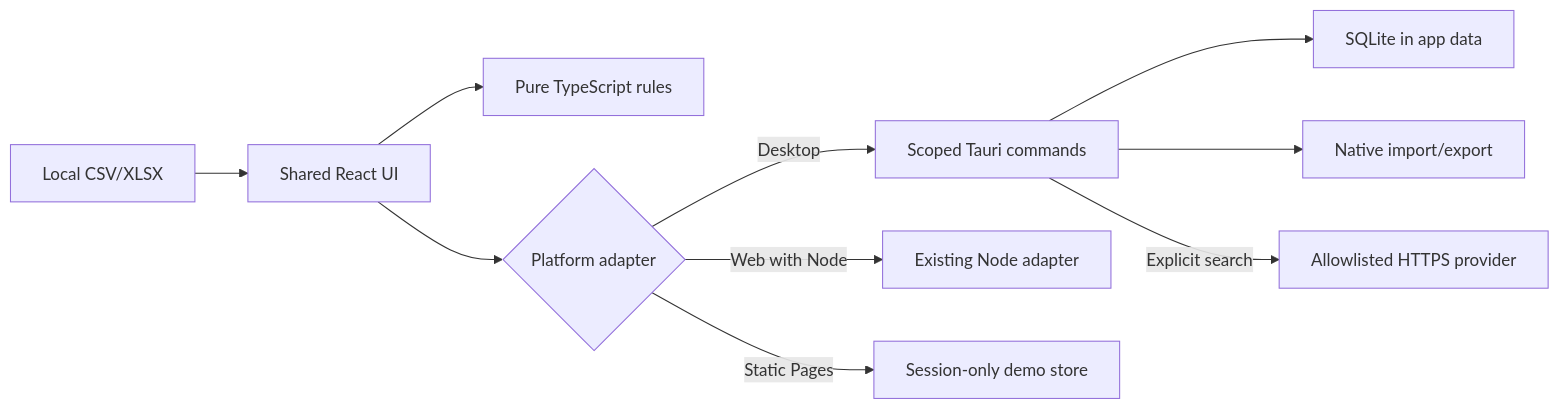
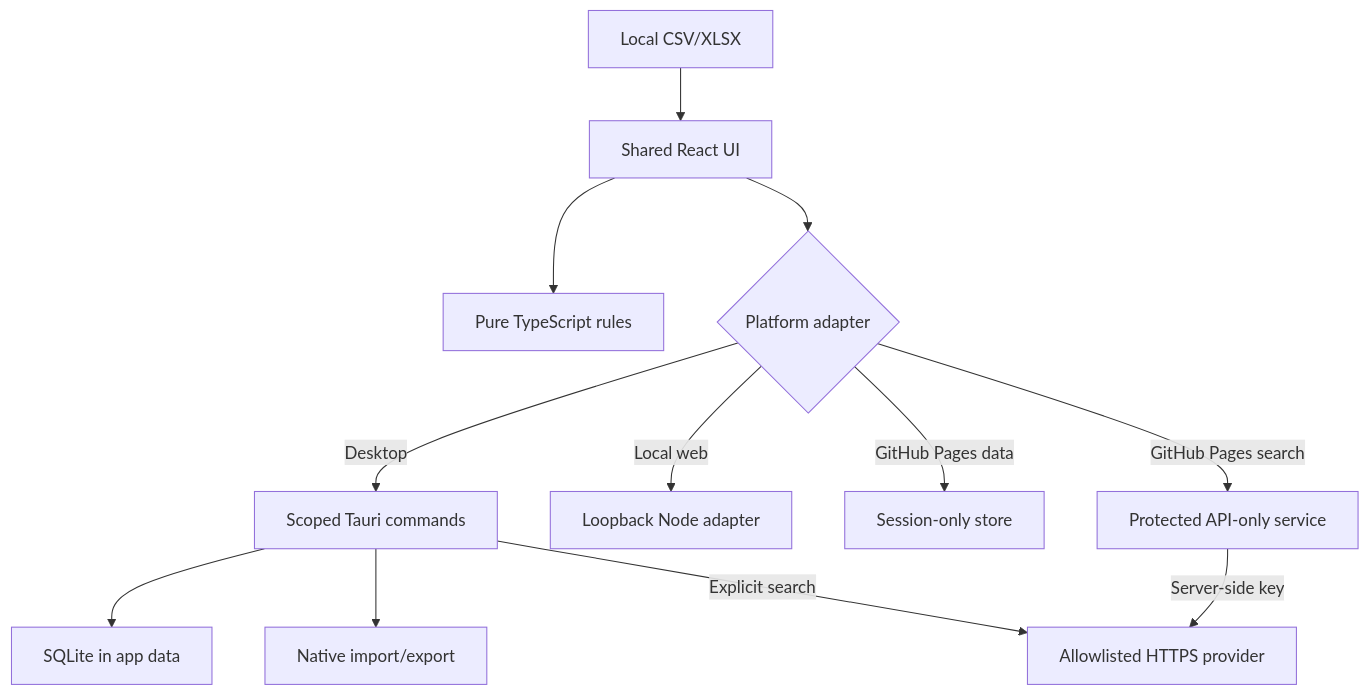
Before and after one commit to Sajeevanveeriah/Inventory-Management-SWL: the first of 2 diagrams in docs/ARCHITECTURE.md, drawn with Mermaid. The commit also changed other lines of this file, not shown here.

Commit message:
Release real competitor search: docs/ARCHITECTURE.md

````diff
--- a/docs/ARCHITECTURE.md
+++ b/docs/ARCHITECTURE.md
@@ -3,12 +3,14 @@
 ```mermaid
-flowchart LR
+flowchart TD
   Files["Local CSV/XLSX"] --> UI["Shared React UI"]
   UI --> Core["Pure TypeScript rules"]
   UI --> Adapter{"Platform adapter"}
   Adapter -->|Desktop| Rust["Scoped Tauri commands"]
   Rust --> DB["SQLite in app data"]
   Rust --> Export["Native import/export"]
   Rust -->|Explicit search| Provider["Allowlisted HTTPS provider"]
-  Adapter -->|Web with Node| Server["Existing Node adapter"]
-  Adapter -->|Static Pages| Session["Session-only demo store"]
+  Adapter -->|Local web| Server["Loopback Node adapter"]
+  Adapter -->|GitHub Pages data| Session["Session-only store"]
+  Adapter -->|GitHub Pages search| API["Protected API-only service"]
+  API -->|Server-side key| Provider
 ```
````
